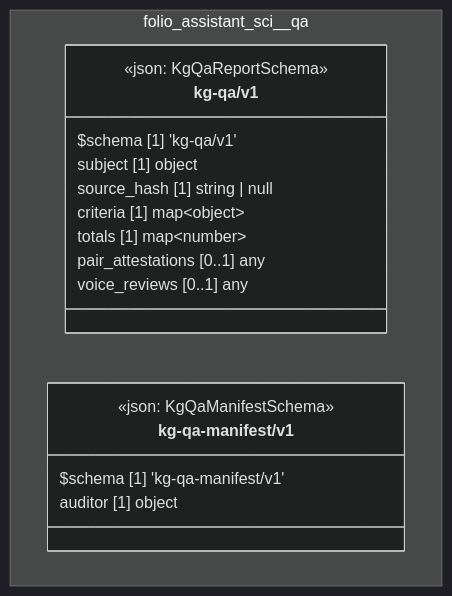
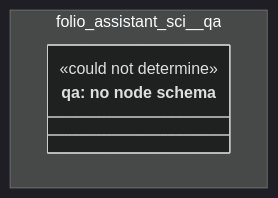
Before and after one commit to litlfred/folio-assistant: the diagram in cat-harness/docs/uml/overview/folio-assistant-sci/qa.md, drawn with Mermaid (dark theme). The commit also changed other lines of this file and 75 other files, not shown here.

First line of the commit message:
openapi: regenerate after merging origin/main (skill:register chain, schema viewer, root README instances table)

````diff
--- a/cat-harness/docs/uml/overview/folio-assistant-sci/qa.md
+++ b/cat-harness/docs/uml/overview/folio-assistant-sci/qa.md
@@ -42,23 +42,11 @@
 ```mermaid
 classDiagram
   direction TB
   namespace folio_assistant_sci__qa {
-    class folio_assistant_sci_qa_kg_qa_v1_kg_qa_v1["kg-qa/v1"] {
-      <<json: KgQaReportSchema>>
-      $schema [1] 'kg-qa/v1'
-      subject [1] object
-      source_hash [1] string | null
-      criteria [1] map~object~
-      totals [1] map~number~
-      pair_attestations [0..1] any
-      voice_reviews [0..1] any
-    }
-    class folio_assistant_sci_qa_kg_qa_manifest_v1_kg_qa_manifest_v1["kg-qa-manifest/v1"] {
-      <<json: KgQaManifestSchema>>
-      $schema [1] 'kg-qa-manifest/v1'
-      auditor [1] object
+    class n_folio_assistant_sci_qa_qa["qa: no node schema"] {
+      <<could not determine>>
     }
   }
-  cssClass "folio_assistant_sci_qa_kg_qa_v1_kg_qa_v1" fa_uml_kind_qa
-  cssClass "folio_assistant_sci_qa_kg_qa_manifest_v1_kg_qa_manifest_v1" fa_uml_kind_qa
+  cssClass "n_folio_assistant_sci_qa_qa" fa_uml_kind_qa
+  cssClass "n_folio_assistant_sci_qa_qa" fa_uml_undetermined
 ```
````
